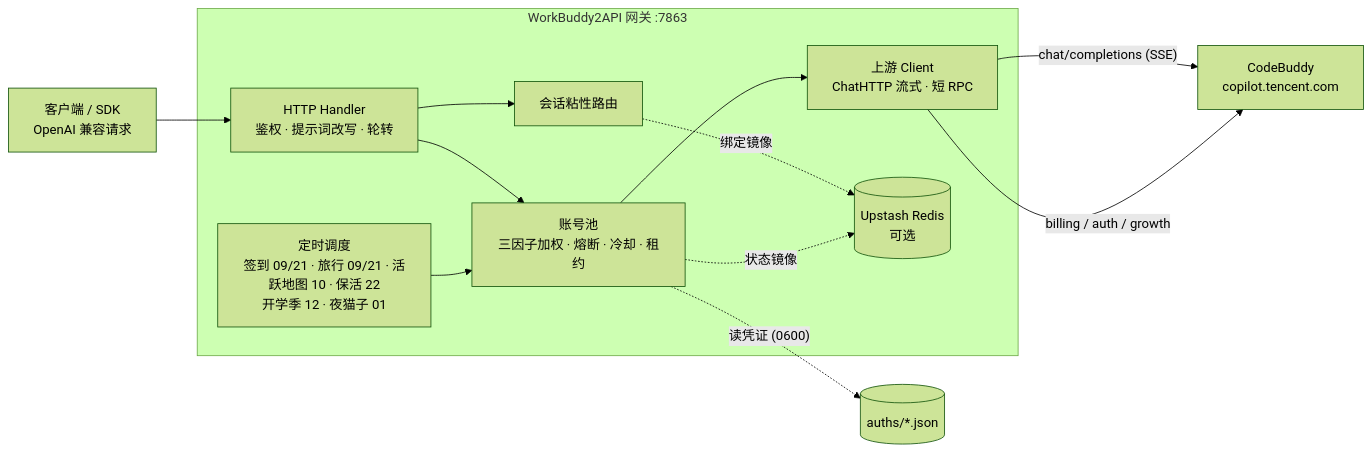
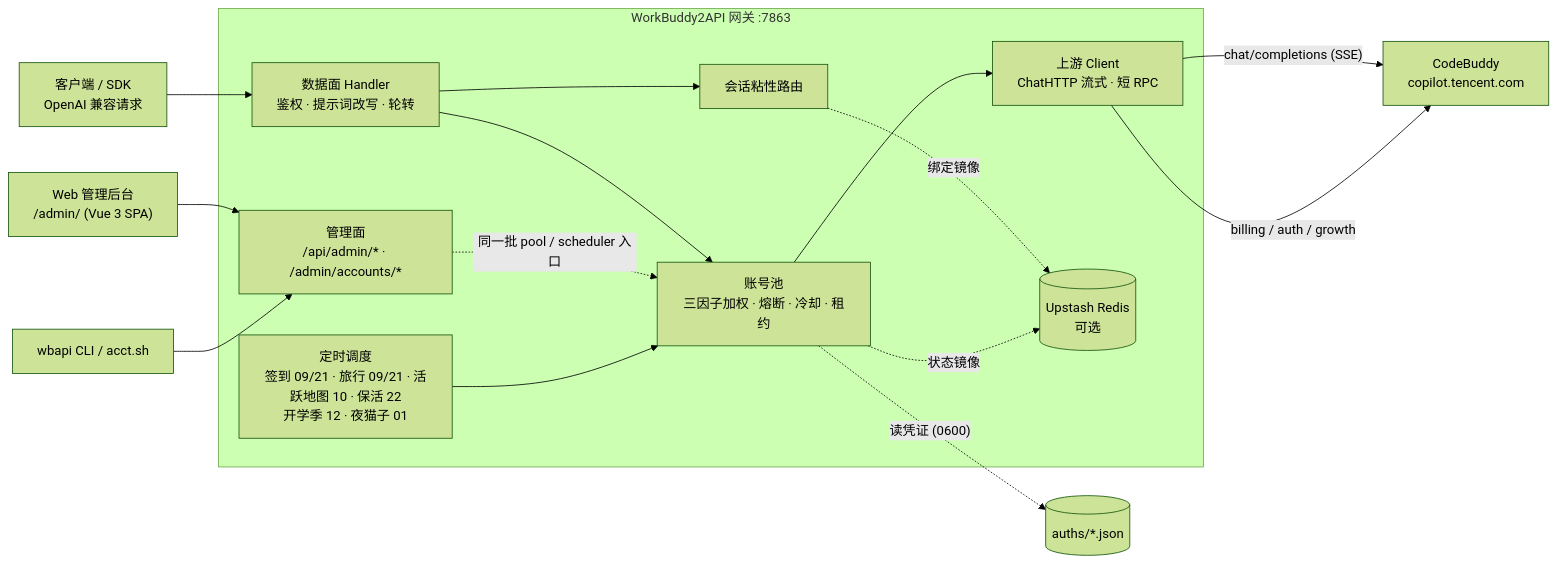
One commit to YuleBest/workbuddy2api changed the diagram in README.md. Above: the diagram before and after it, drawn with Mermaid (forest theme). The commit also changed other lines of this file and 1 other file, not shown here.

````diff
--- a/README.md
+++ b/README.md
@@ -115,18 +135,21 @@
 ```mermaid
 flowchart LR
     Client["客户端 / SDK\nOpenAI 兼容请求"] --> H
+    Panel["Web 管理后台\n/admin/ (Vue 3 SPA)"] --> A
+    CLI["wbapi CLI / acct.sh"] --> A
 
     subgraph GWI["WorkBuddy2API 网关 :7863"]
-        H["HTTP Handler\n鉴权 · 提示词改写 · 轮转"] --> P
+        H["数据面 Handler\n鉴权 · 提示词改写 · 轮转"] --> P
         H --> S
+        A["管理面\n/api/admin/* · /admin/accounts/*"] -.同一批 pool / scheduler 入口.-> P
         P["账号池\n三因子加权 · 熔断 · 冷却 · 租约"] --> U
         S["会话粘性路由"] -.绑定镜像.-> REDIS
         T["定时调度\n签到 09/21 · 旅行 09/21 · 活跃地图 10 · 保活 22\n开学季 12 · 夜猫子 01"] --> P
         U["上游 Client\nChatHTTP 流式 · 短 RPC"]
     end
 
     P -. "读凭证 (0600)" .-> AUTH[("auths/*.json")]
     P -. "状态镜像" .-> REDIS[("Upstash Redis\n可选")]
     U -->|"chat/completions (SSE)"| CB["CodeBuddy\ncopilot.tencent.com"]
     U -->|"billing / auth / growth"| CB
 ```
````
